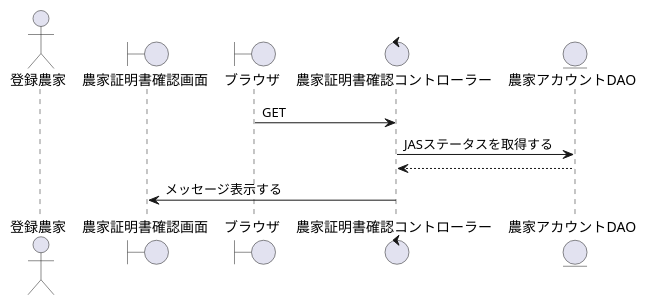
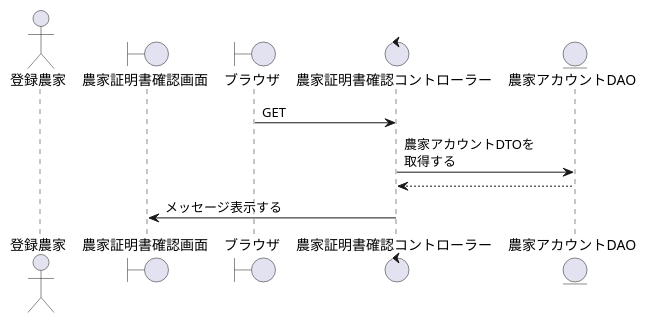
Before and after one commit to SK-B-S/PJ: the diagram in PJ_シーケンス/農家/農家証明書確認.wsd, drawn with PlantUML. The commit also changed 27 other files, not shown here.

```diff
--- a/PJ_シーケンス/農家/農家証明書確認.wsd
+++ b/PJ_シーケンス/農家/農家証明書確認.wsd
@@ -1,16 +1,16 @@
 @startuml 農家証明書確認
 
 actor    "登録農家" as act
 boundary "農家証明書確認画面" as Mypage
 boundary "ブラウザ" as brz
 control  "農家証明書確認コントローラー" as Acquisition_c
 entity   "農家アカウントDAO" as Farmer_DAO
 
 '-------------------------------------------------------------------------------------------
 
 brz -> Acquisition_c : GET
-Acquisition_c -> Farmer_DAO : JASステータスを取得する
+Acquisition_c -> Farmer_DAO : 農家アカウントDTOを\n取得する
 Acquisition_c <-- Farmer_DAO
 Mypage <- Acquisition_c : メッセージ表示する
 
 @enduml
```
